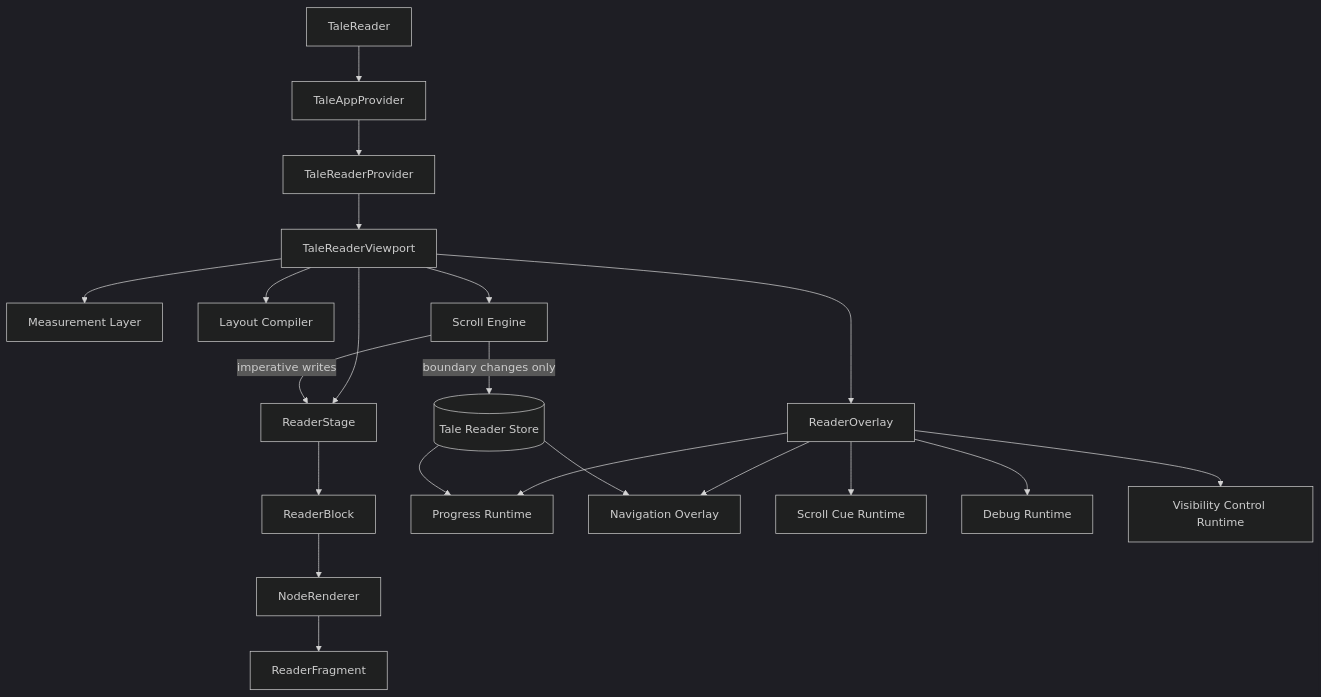
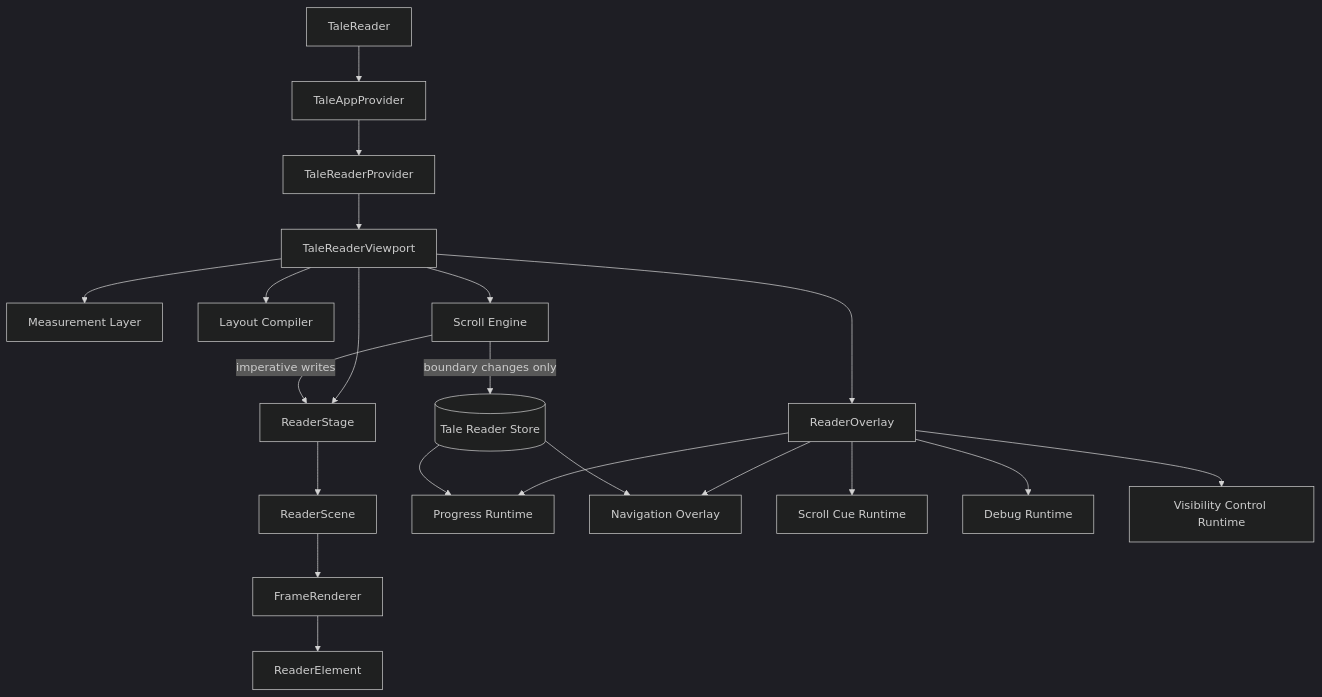
Before and after one commit to hexvictor/talescape: the fourth of 6 diagrams in docs/application-architecture.md, drawn with Mermaid (dark theme). The commit also changed other lines of this file and 359 other files, not shown here.

First line of the commit message:
refactor(reader): migrate tale layout to scene frame model

````diff
--- a/docs/application-architecture.md
+++ b/docs/application-architecture.md
@@ -135,24 +135,24 @@
 ```mermaid
 flowchart TD
     TaleReader[TaleReader] --> Document[TaleAppProvider]
     Document --> Provider[TaleReaderProvider]
     Provider --> Viewport[TaleReaderViewport]
     Viewport --> Measure[Measurement Layer]
     Viewport --> Compile[Layout Compiler]
     Viewport --> ScrollEngine[Scroll Engine]
     Viewport --> Stage[ReaderStage]
-    Stage --> Blocks[ReaderBlock]
-    Blocks --> Nodes[NodeRenderer]
-    Nodes --> Fragments[ReaderFragment]
+    Stage --> Scenes[ReaderScene]
+    Scenes --> Nodes[FrameRenderer]
+    Nodes --> Fragments[ReaderElement]
     Viewport --> Overlay[ReaderOverlay]
     Overlay --> ProgressRuntime[Progress Runtime]
     Overlay --> NavigationRuntime[Navigation Overlay]
     Overlay --> CueRuntime[Scroll Cue Runtime]
     Overlay --> DebugRuntime[Debug Runtime]
     Overlay --> VisibilityRuntime[Visibility Control Runtime]
 
     ScrollEngine -->|imperative writes| Stage
     ScrollEngine -->|boundary changes only| Store[(Tale Reader Store)]
     Store --> NavigationRuntime
     Store --> ProgressRuntime
 ```
````
